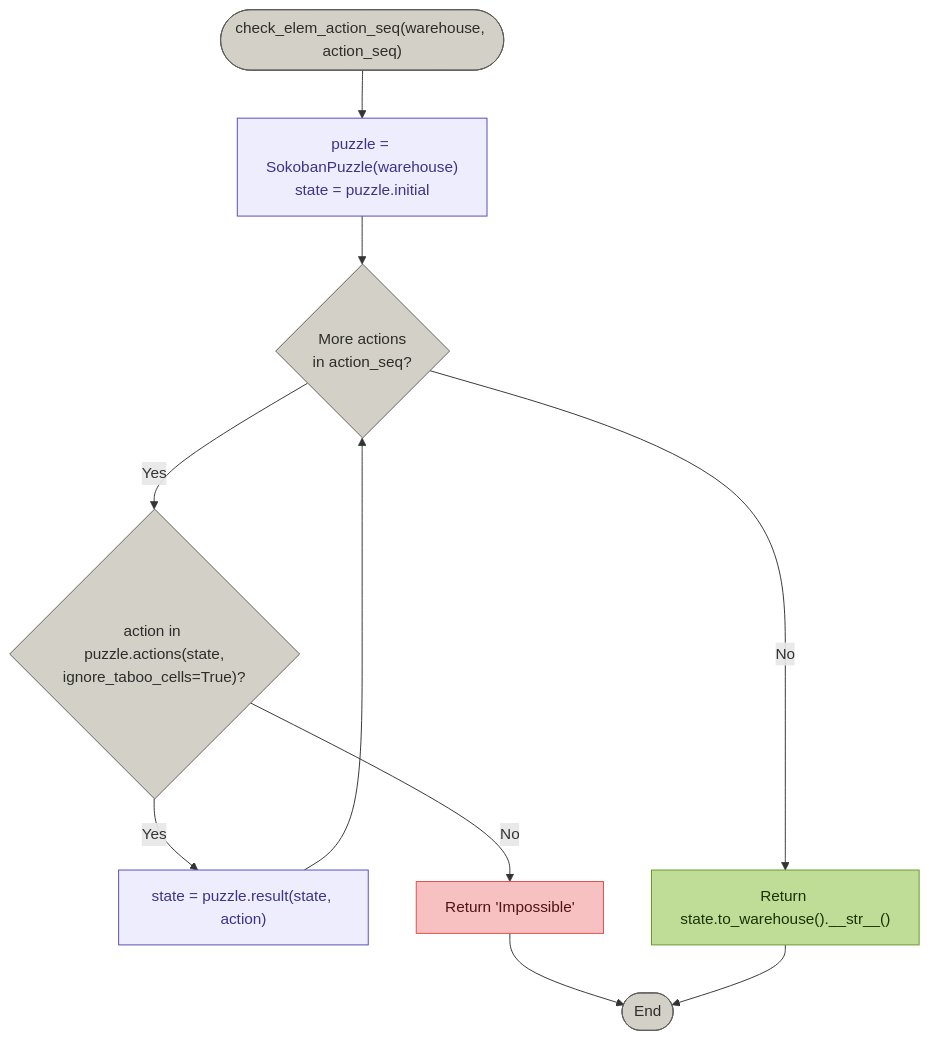
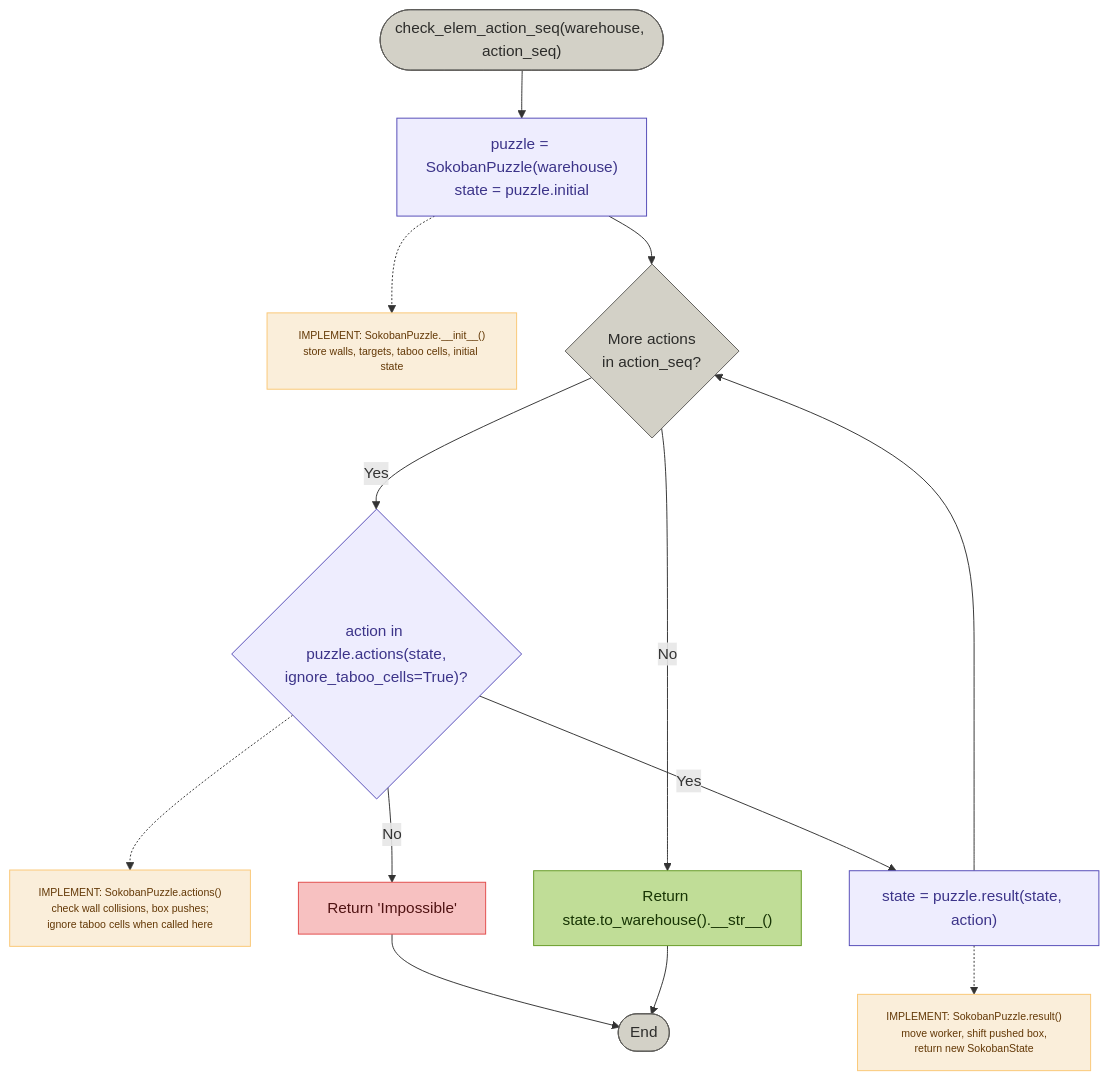
The second of 2 diagrams in README.md (cab320-26se1-30/sokoban-solver), drawn with Mermaid before and after one commit.

Commit message:
Adding notes to check_elem_action_seq

````diff
--- a/README.md
+++ b/README.md
@@ -84,35 +84,45 @@
 ```mermaid
 flowchart TB
     CEA_Start(["check_elem_action_seq(warehouse, action_seq)"])
     CEA_Init["puzzle = SokobanPuzzle(warehouse)<br>state = puzzle.initial"]
+    CEA_note_init["IMPLEMENT: SokobanPuzzle.__init__()<br>store walls, targets, taboo cells, initial state"]
     CEA_MoreActions{"More actions<br>in action_seq?"}
     CEA_ValidCheck{"action in puzzle.actions(state,<br>ignore_taboo_cells=True)?"}
+    CEA_note_actions["IMPLEMENT: SokobanPuzzle.actions()<br>check wall collisions, box pushes;<br>ignore taboo cells when called here"]
     CEA_Apply["state = puzzle.result(state, action)"]
+    CEA_note_result["IMPLEMENT: SokobanPuzzle.result()<br>move worker, shift pushed box,<br>return new SokobanState"]
     CEA_Impossible["Return 'Impossible'"]
     CEA_ReturnStr["Return state.to_warehouse().__str__()"]
     CEA_End(["End"])
 
     CEA_Start --> CEA_Init
+    CEA_Init -.-> CEA_note_init
     CEA_Init --> CEA_MoreActions
     CEA_MoreActions -- Yes --> CEA_ValidCheck
+    CEA_ValidCheck -.-> CEA_note_actions
     CEA_ValidCheck -- No --> CEA_Impossible
     CEA_Impossible --> CEA_End
     CEA_ValidCheck -- Yes --> CEA_Apply
+    CEA_Apply -.-> CEA_note_result
     CEA_Apply --> CEA_MoreActions
     CEA_MoreActions -- No --> CEA_ReturnStr
     CEA_ReturnStr --> CEA_End
 
     CEA_Start:::terminal
     CEA_Init:::impl
+    CEA_note_init:::note
     CEA_MoreActions:::terminal
-    CEA_ValidCheck:::terminal
+    CEA_ValidCheck:::impl
+    CEA_note_actions:::note
     CEA_Apply:::impl
+    CEA_note_result:::note
     CEA_Impossible:::fail
     CEA_ReturnStr:::success
     CEA_End:::terminal
 
     classDef terminal fill:#D3D1C7,stroke:#5F5E5A,color:#2C2C2A
+    classDef note fill:#FAEEDA,stroke:#FAC775,color:#633806,font-size:11px
     classDef fail fill:#F7C1C1,stroke:#E24B4A,color:#501313
     classDef success fill:#C0DD97,stroke:#639922,color:#173404
     classDef impl fill:#EEEDFE,stroke:#534AB7,color:#3C3489
 ```
````
